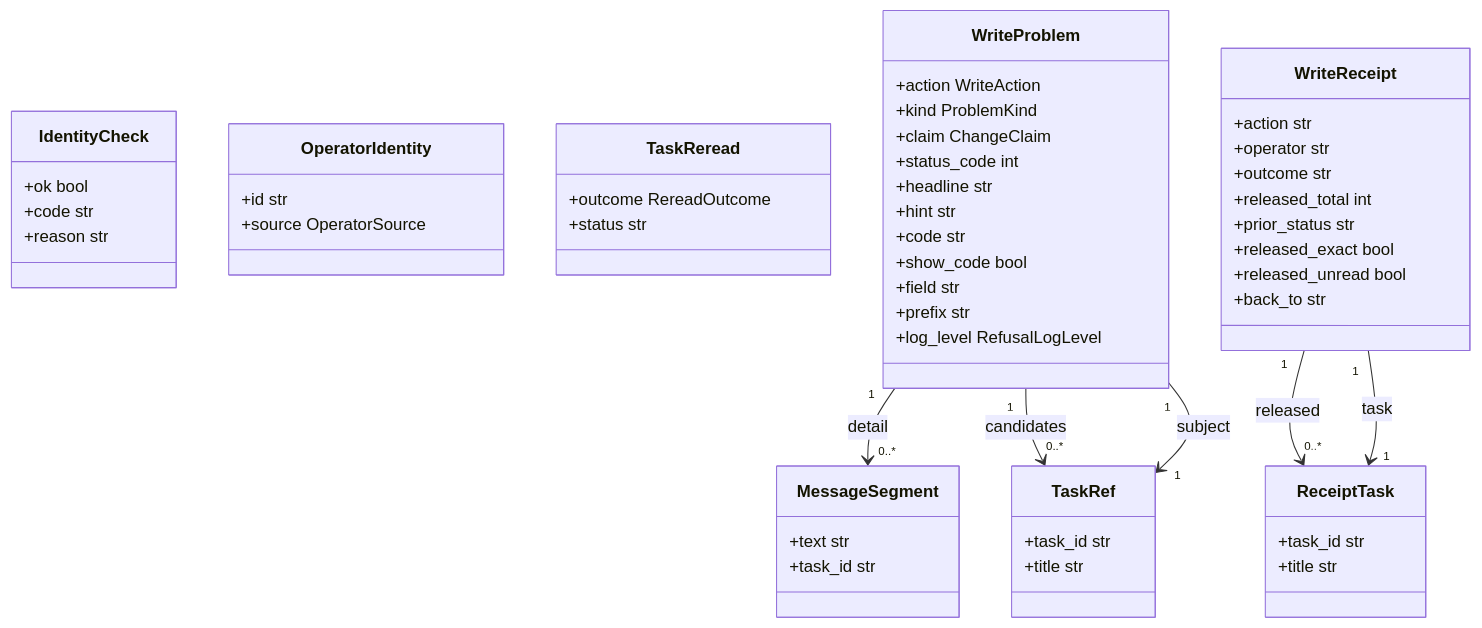
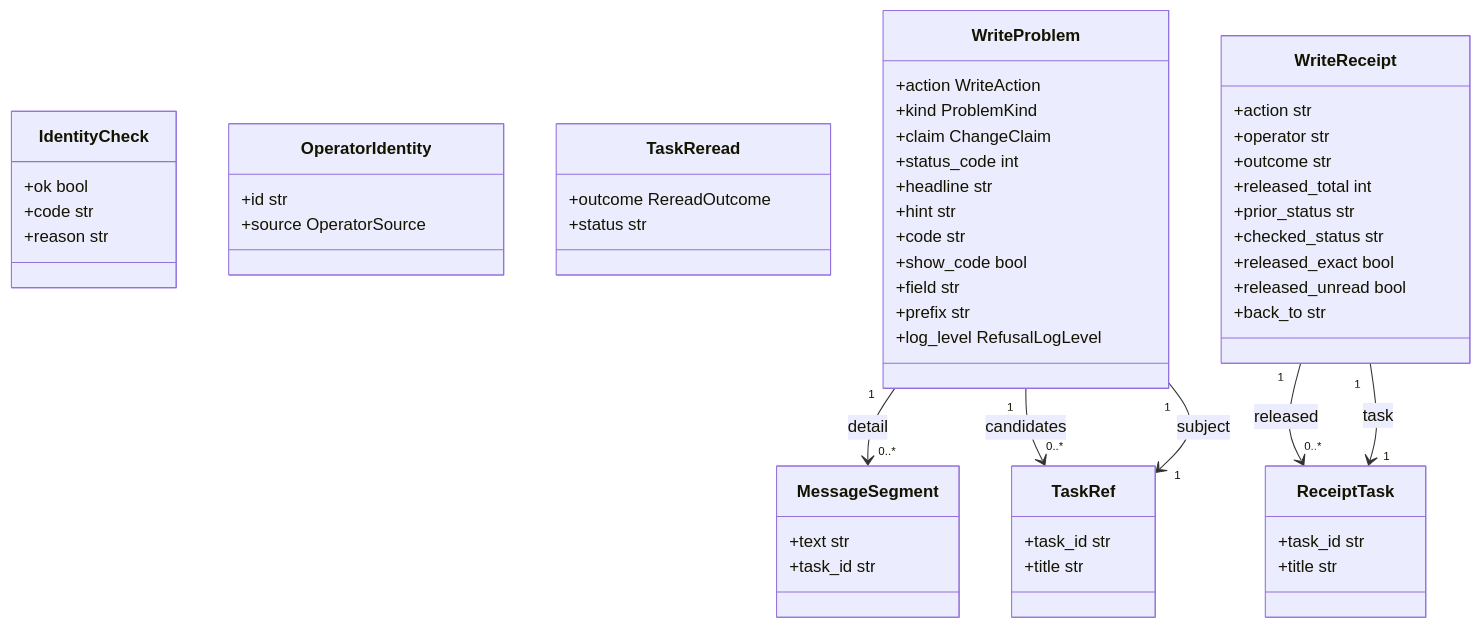
One commit to agent-lore/lithos-lens changed the eighth of 8 diagrams in docs/generated/domain_model.md. Above: the diagram before and after it, drawn with Mermaid. The commit also changed 9 other files, not shown here.

````diff
--- a/docs/generated/domain_model.md
+++ b/docs/generated/domain_model.md
@@ -736,56 +736,57 @@
 ```mermaid
 classDiagram
   class IdentityCheck {
     +ok bool
     +code str
     +reason str
   }
   class MessageSegment {
     +text str
     +task_id str
   }
   class OperatorIdentity {
     +id str
     +source OperatorSource
   }
   class ReceiptTask {
     +task_id str
     +title str
   }
   class TaskRef {
     +task_id str
     +title str
   }
   class TaskReread {
     +outcome RereadOutcome
     +status str
   }
   class WriteProblem {
     +action WriteAction
     +kind ProblemKind
     +claim ChangeClaim
     +status_code int
     +headline str
     +hint str
     +code str
     +show_code bool
     +field str
     +prefix str
     +log_level RefusalLogLevel
   }
   class WriteReceipt {
     +action str
     +operator str
     +outcome str
     +released_total int
     +prior_status str
+    +checked_status str
     +released_exact bool
     +released_unread bool
     +back_to str
   }
   WriteProblem "1" --> "0..*" MessageSegment : detail
   WriteProblem "1" --> "0..*" TaskRef : candidates
   WriteProblem "1" --> "1" TaskRef : subject
   WriteReceipt "1" --> "0..*" ReceiptTask : released
   WriteReceipt "1" --> "1" ReceiptTask : task
 ```
````
